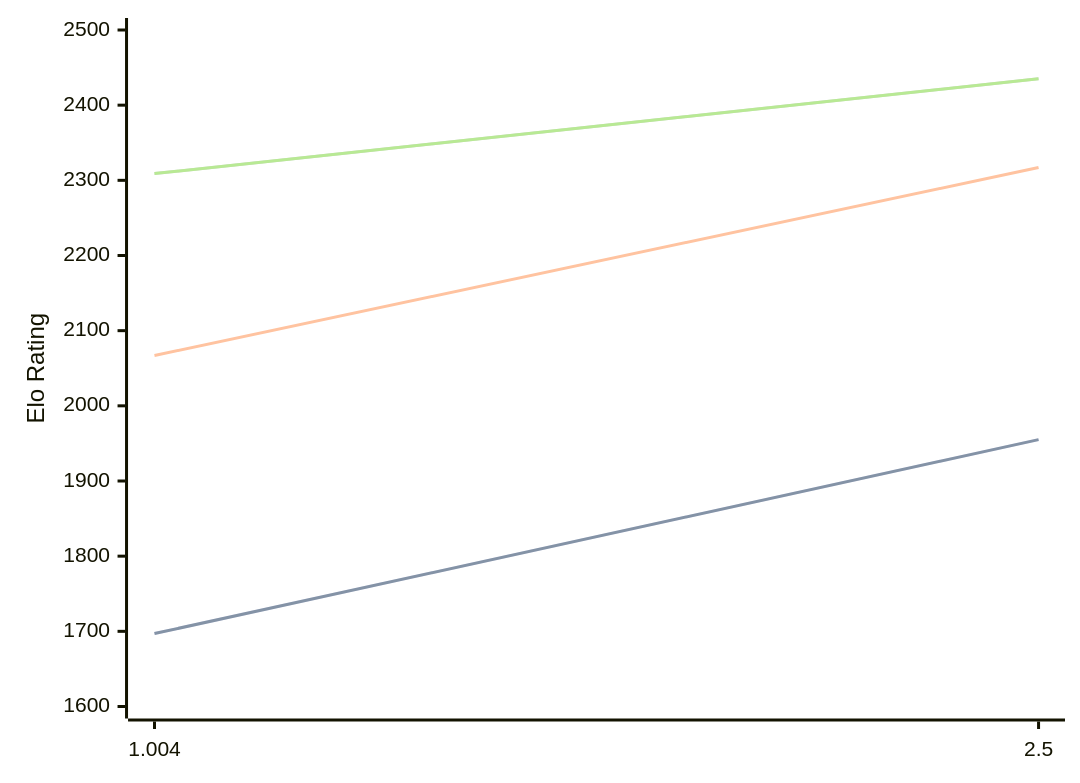
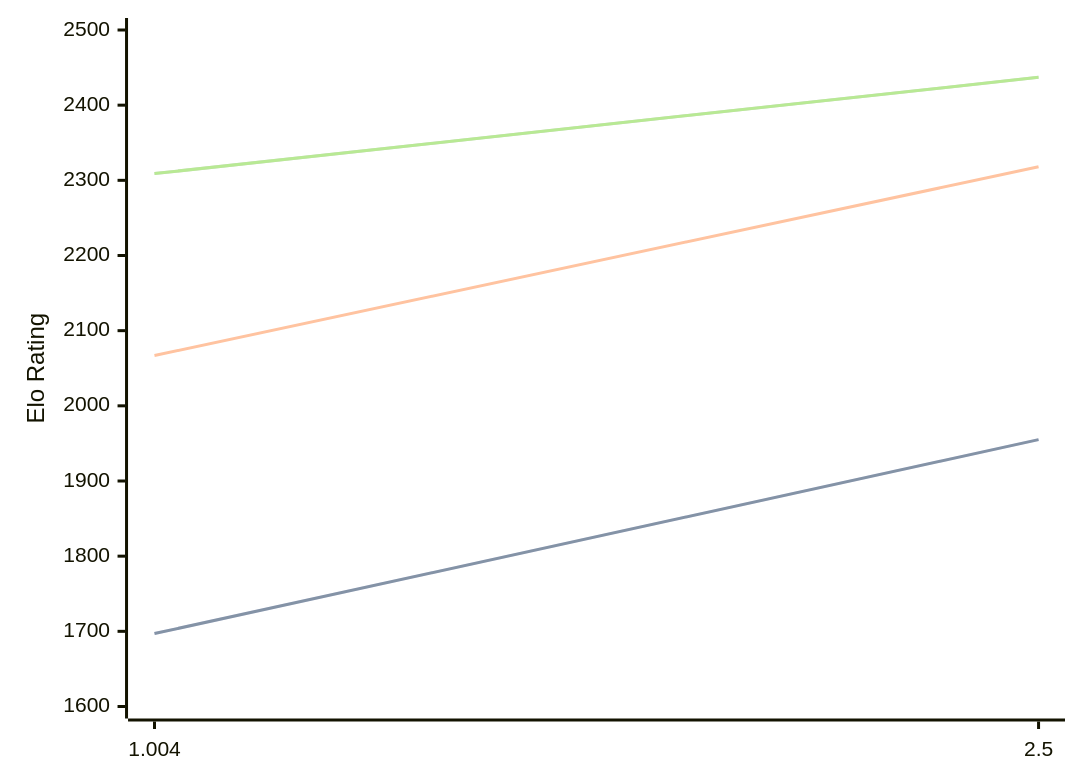
One commit to computer-chess-index/cci changed the first of 3 diagrams in engines/Ares.md. Above: the diagram before and after it, drawn with Mermaid. The commit also changed other lines of this file, not shown here.

Commit message:
Update CCI Ratings (ELO VLTC) - 2026-07-09

````diff
--- a/engines/Ares.md
+++ b/engines/Ares.md
@@ -32,11 +32,11 @@
 ```mermaid
 %%{init: {"theme":"base","themeVariables":{"seriesColors:['#a3a3a3','#222221','#faa371']}}}%%
 xychart-beta
   x-axis ["1.004", "2.5"]
   y-axis "Elo Rating" 1600 --> 2500
   line "STC (8.0+0.08s)" [1697, 1955]
   line "STC (8.0+0.08s)" [1697, 1955]
-  line "LTC (60.0+0.60s)" [2067, 2317]
-  line "VLTC (2m24s+1.12s)" [2309, 2435]
-  line "VLTC (2m24s+1.12s)" [2309, 2435]
+  line "LTC (60.0+0.60s)" [2067, 2318]
+  line "VLTC (2m24s+1.12s)" [2309, 2437]
+  line "VLTC (2m24s+1.12s)" [2309, 2437]
 ```
````
